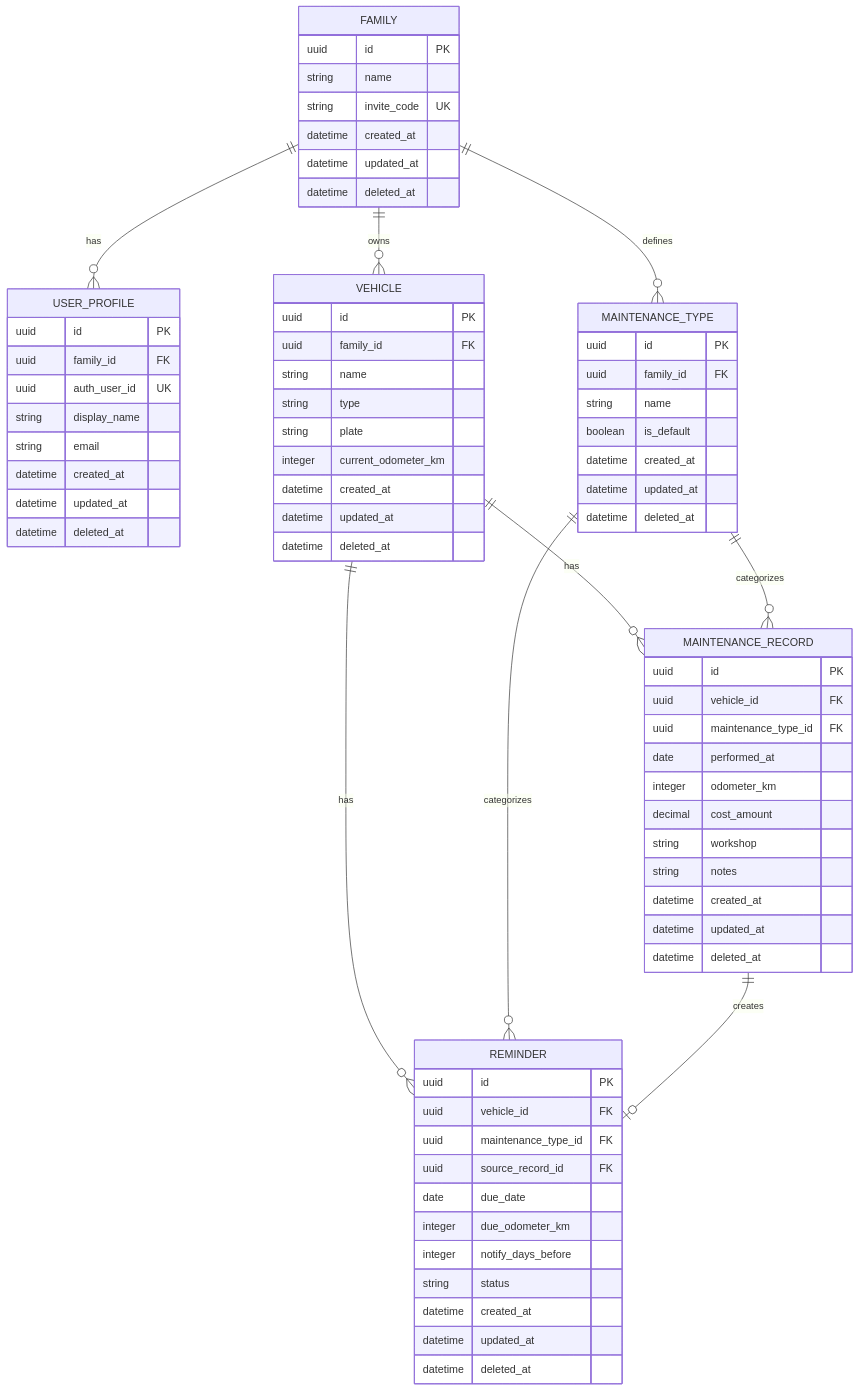
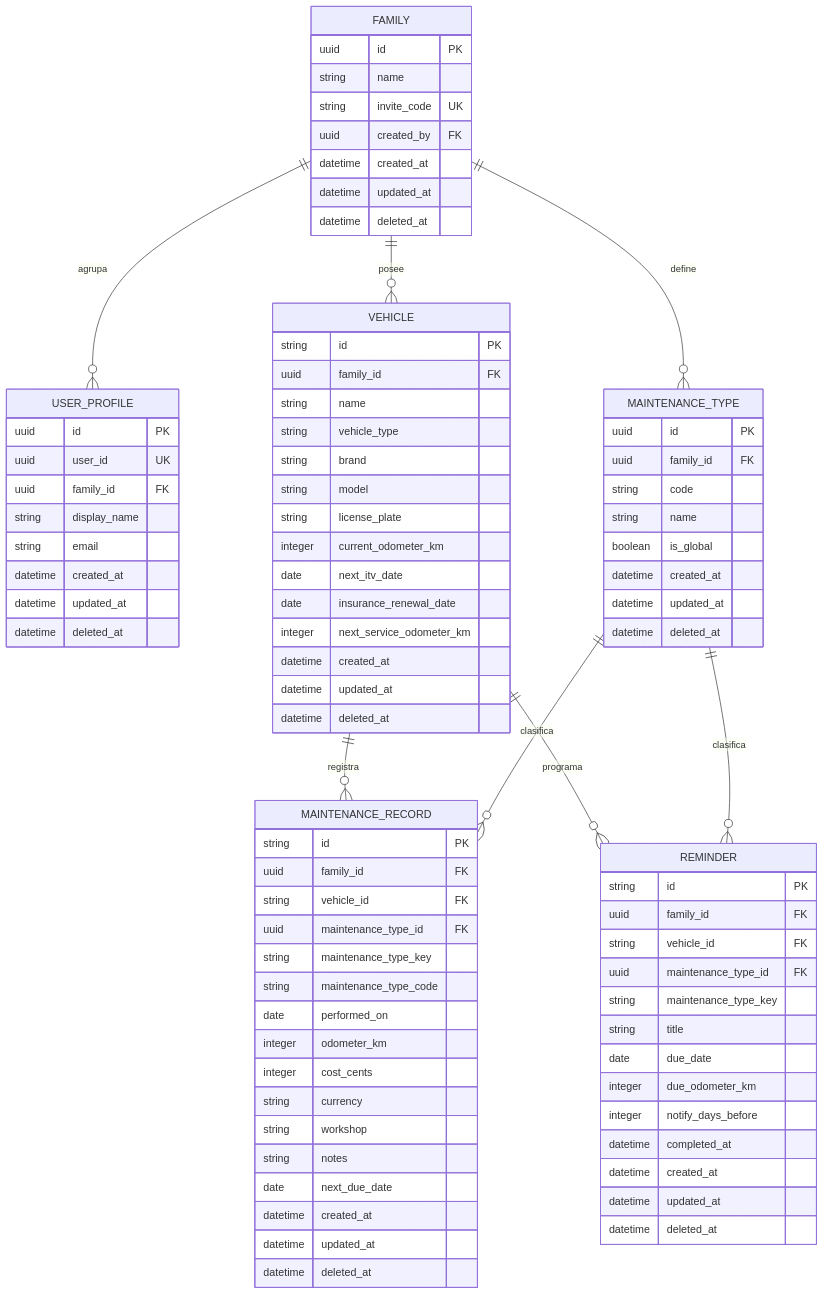
Before and after one commit to asensiodev/Carbura: the third of 3 diagrams in readme.md, drawn with Mermaid. The commit also changed other lines of this file and 29 other files, not shown here.

````diff
--- a/readme.md
+++ b/readme.md
@@ -340,18 +301,18 @@
 ```mermaid
 erDiagram
-    FAMILY ||--o{ USER_PROFILE : has
-    FAMILY ||--o{ VEHICLE : owns
-    FAMILY ||--o{ MAINTENANCE_TYPE : defines
-    VEHICLE ||--o{ MAINTENANCE_RECORD : has
-    VEHICLE ||--o{ REMINDER : has
-    MAINTENANCE_TYPE ||--o{ MAINTENANCE_RECORD : categorizes
-    MAINTENANCE_TYPE ||--o{ REMINDER : categorizes
-    MAINTENANCE_RECORD ||--o| REMINDER : creates
+    FAMILY ||--o{ USER_PROFILE : agrupa
+    FAMILY ||--o{ VEHICLE : posee
+    FAMILY ||--o{ MAINTENANCE_TYPE : define
+    VEHICLE ||--o{ MAINTENANCE_RECORD : registra
+    VEHICLE ||--o{ REMINDER : programa
+    MAINTENANCE_TYPE ||--o{ MAINTENANCE_RECORD : clasifica
+    MAINTENANCE_TYPE ||--o{ REMINDER : clasifica
 
     FAMILY {
         uuid id PK
         string name
         string invite_code UK
+        uuid created_by FK
         datetime created_at
         datetime updated_at
         datetime deleted_at
@@ -359,8 +320,8 @@
 
     USER_PROFILE {
         uuid id PK
+        uuid user_id UK
         uuid family_id FK
-        uuid auth_user_id UK
         string display_name
         string email
         datetime created_at
@@ -369,12 +330,17 @@
     }
 
     VEHICLE {
-        uuid id PK
+        string id PK
         uuid family_id FK
         string name
-        string type
-        string plate
+        string vehicle_type
+        string brand
+        string model
+        string license_plate
         integer current_odometer_km
+        date next_itv_date
+        date insurance_renewal_date
+        integer next_service_odometer_km
         datetime created_at
         datetime updated_at
         datetime deleted_at
@@ -383,36 +349,44 @@
     MAINTENANCE_TYPE {
         uuid id PK
         uuid family_id FK
+        string code
         string name
-        boolean is_default
+        boolean is_global
         datetime created_at
         datetime updated_at
         datetime deleted_at
     }
 
     MAINTENANCE_RECORD {
-        uuid id PK
-        uuid vehicle_id FK
+        string id PK
+        uuid family_id FK
+        string vehicle_id FK
         uuid maintenance_type_id FK
-        date performed_at
+        string maintenance_type_key
+        string maintenance_type_code
+        date performed_on
         integer odometer_km
-        decimal cost_amount
+        integer cost_cents
+        string currency
         string workshop
         string notes
+        date next_due_date
         datetime created_at
         datetime updated_at
         datetime deleted_at
     }
 
     REMINDER {
-        uuid id PK
-        uuid vehicle_id FK
+        string id PK
+        uuid family_id FK
+        string vehicle_id FK
         uuid maintenance_type_id FK
-        uuid source_record_id FK
+        string maintenance_type_key
+        string title
         date due_date
         integer due_odometer_km
         integer notify_days_before
-        string status
+        datetime completed_at
         datetime created_at
         datetime updated_at
         datetime deleted_at
````
